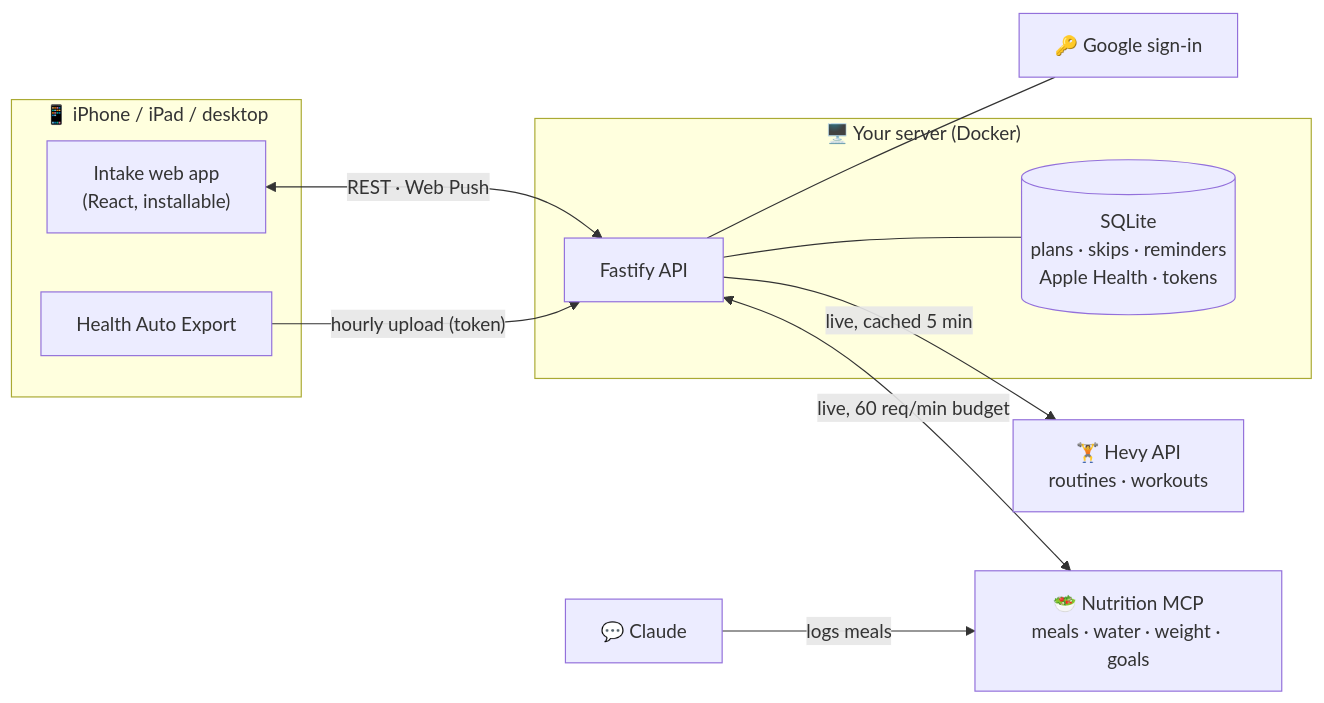
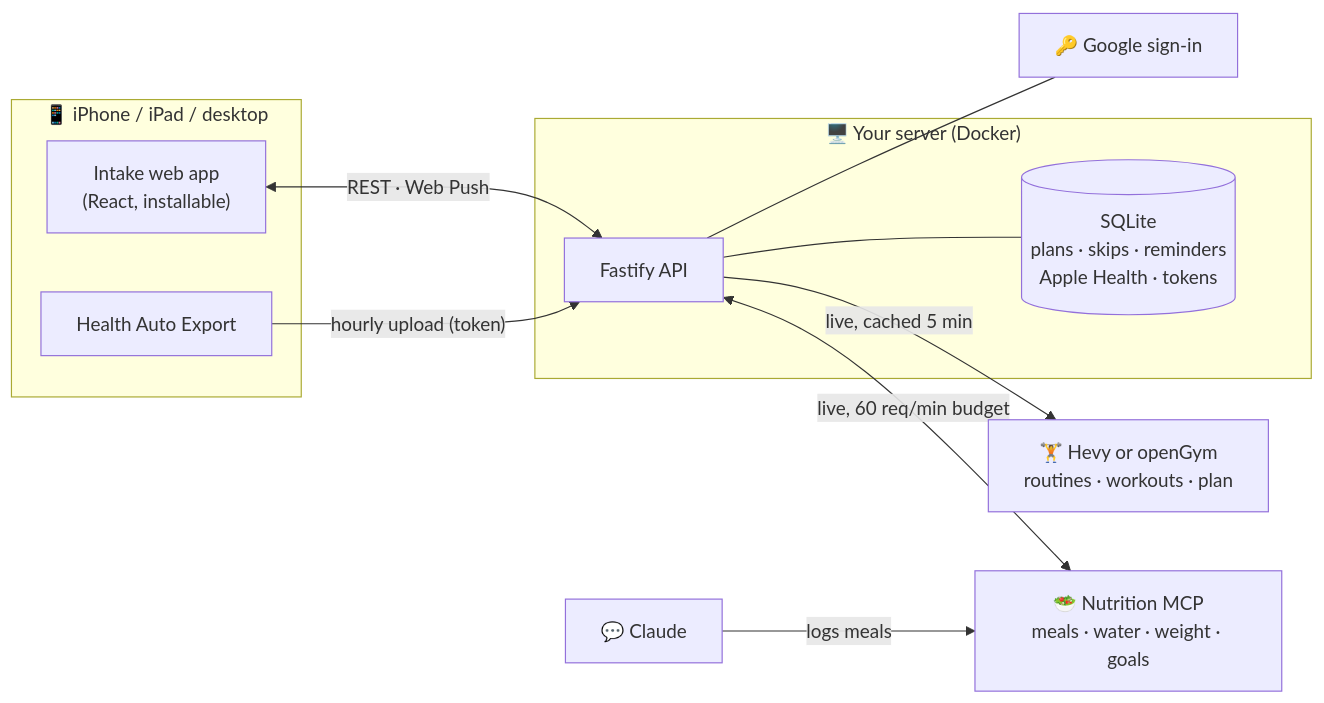
One commit to Edoardo96/intake changed the diagram in README.md. Above: the diagram before and after it, drawn with Mermaid. The commit also changed other lines of this file and 28 other files, not shown here.

````diff
--- a/README.md
+++ b/README.md
@@ -193,23 +195,23 @@
 ```mermaid
 flowchart LR
   subgraph Phone["📱 iPhone / iPad / desktop"]
     PWA["Intake web app<br/>(React, installable)"]
     HAE["Health Auto Export"]
   end
   subgraph Server["🖥️ Your server (Docker)"]
     API["Fastify API"]
     DB[("SQLite<br/>plans · skips · reminders<br/>Apple Health · tokens")]
   end
   NUT["🥗 Nutrition MCP<br/>meals · water · weight · goals"]
-  HEVY["🏋️ Hevy API<br/>routines · workouts"]
+  HEVY["🏋️ Hevy or openGym<br/>routines · workouts · plan"]
   GOOGLE["🔑 Google sign-in"]
   CLAUDE["💬 Claude"]
 
   PWA <-->|"REST · Web Push"| API
   HAE -->|"hourly upload (token)"| API
   API <-->|"live, 60 req/min budget"| NUT
   API -->|"live, cached 5 min"| HEVY
   API --- DB
   API --- GOOGLE
   CLAUDE -->|"logs meals"| NUT
 ```
````
